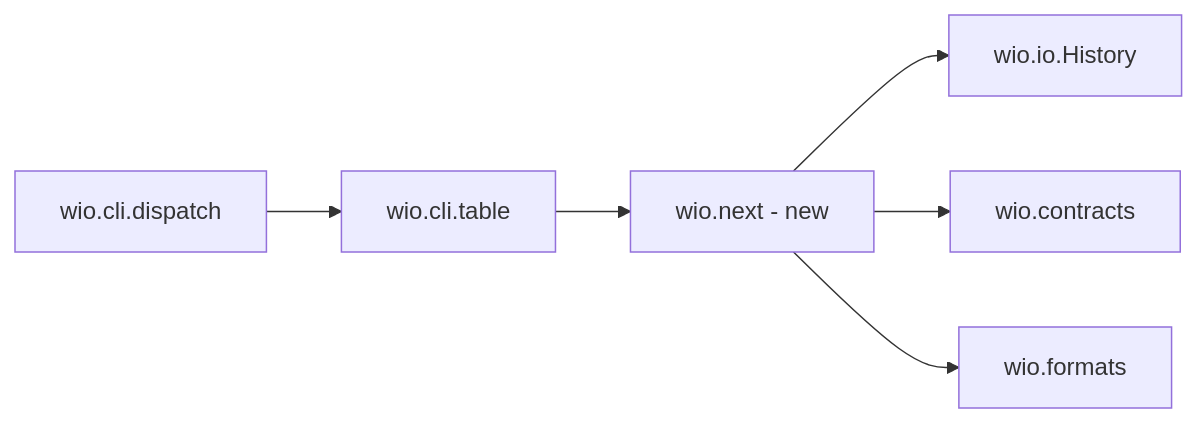
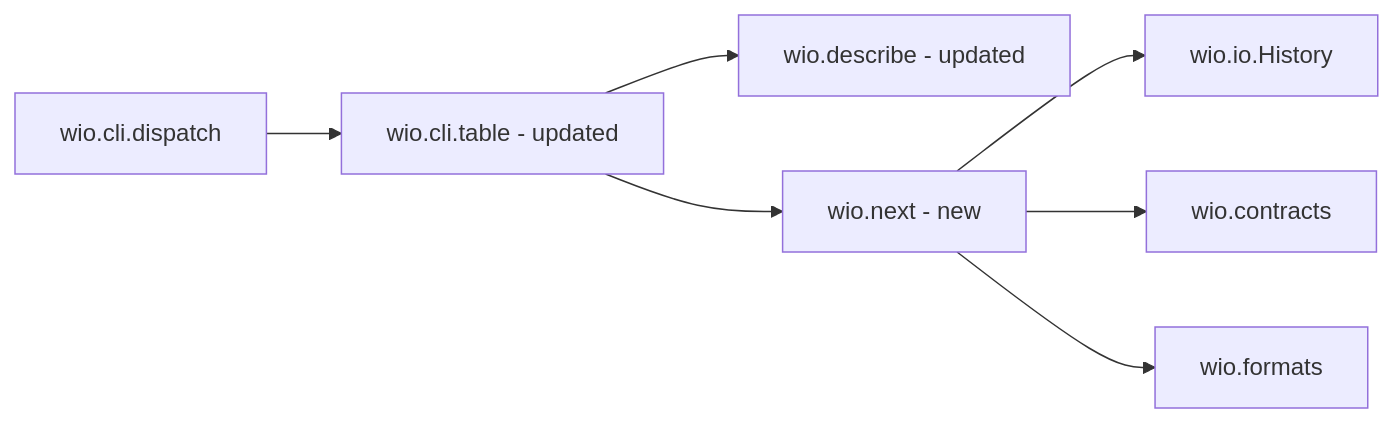
The second of 2 diagrams in .agents/wio/works/next-step-advisor-wio-next/README.md (msitarz/wio), drawn with Mermaid before and after one commit. The commit also changed other lines of this file and 3 other files, not shown here.

````diff
--- a/.agents/wio/works/next-step-advisor-wio-next/README.md
+++ b/.agents/wio/works/next-step-advisor-wio-next/README.md
@@ -63,8 +74,9 @@
 ```mermaid
 flowchart LR
-    CLI[wio.cli.dispatch] --> TBL[wio.cli.table]
+    CLI[wio.cli.dispatch] --> TBL[wio.cli.table - updated]
+    TBL --> DESC[wio.describe - updated]
     TBL --> NXT[wio.next - new]
     NXT --> HIST[wio.io.History]
     NXT --> CTR[wio.contracts]
     NXT --> FMT[wio.formats]
 ```
````
